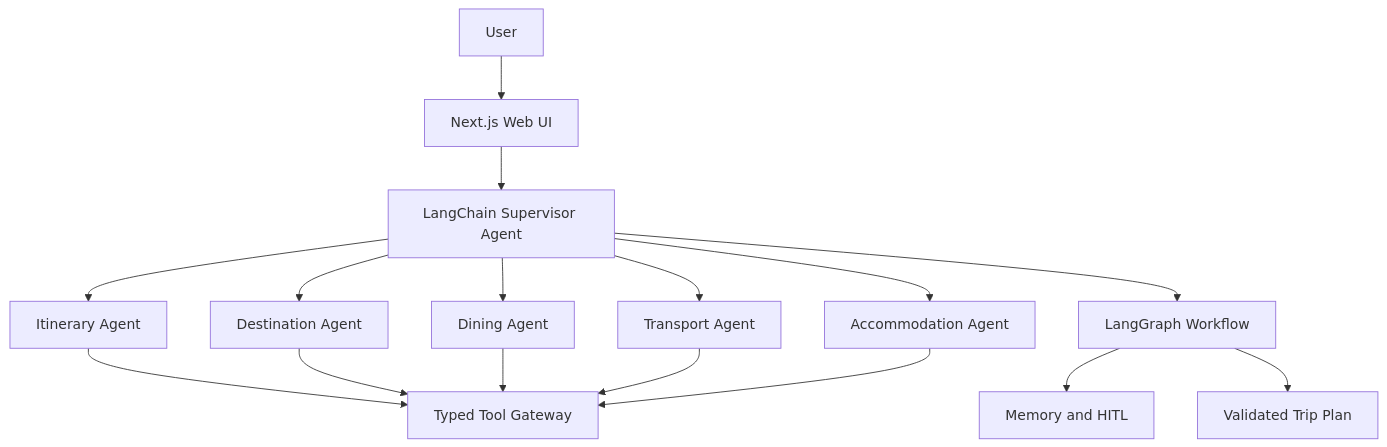
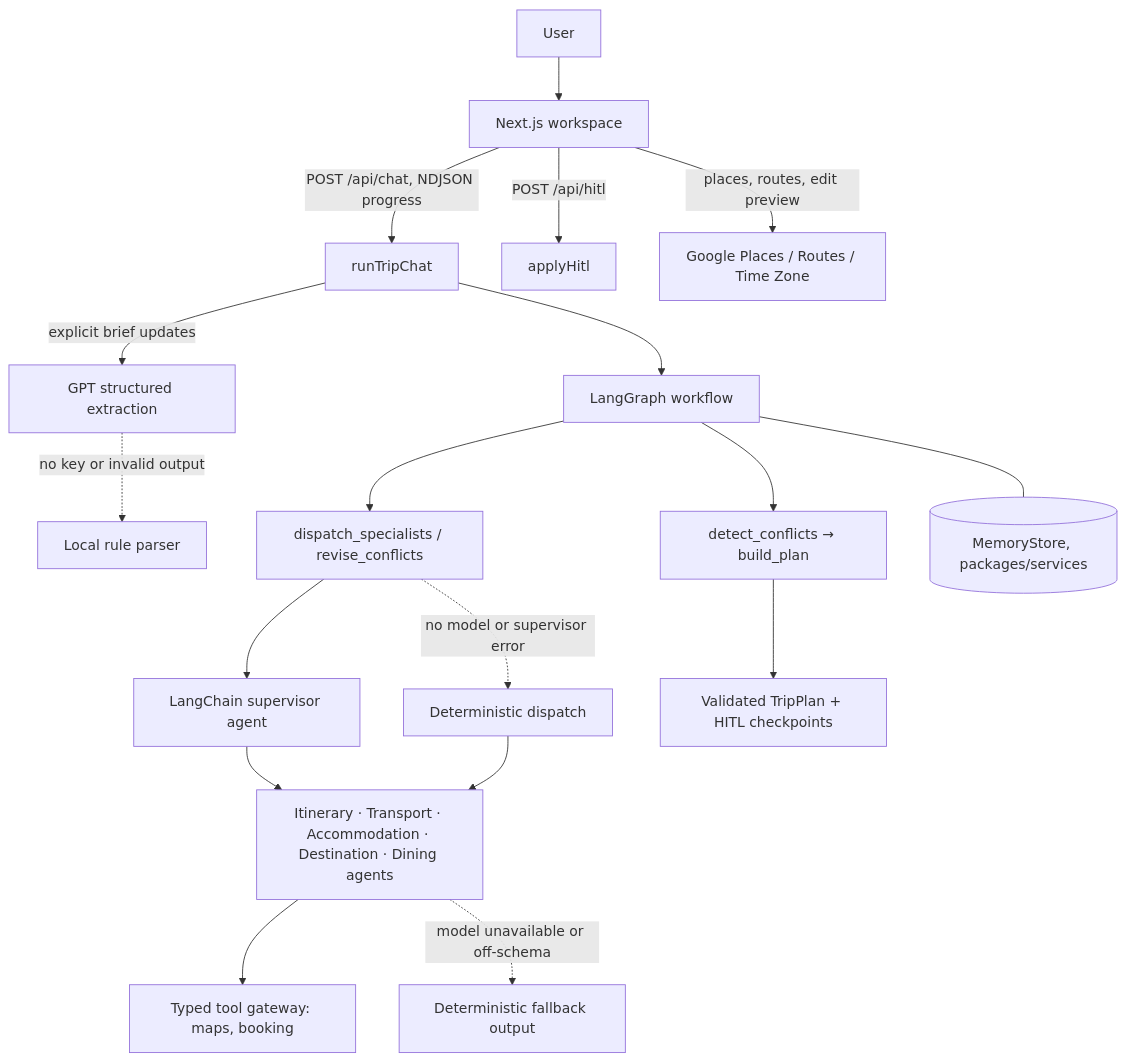
The diagram in README.md (HeadmasterEggy/AI_TRIP_PLANNER), drawn with Mermaid before and after one commit. The commit also changed other lines of this file and 9 other files, not shown here.

````diff
--- a/README.md
+++ b/README.md
@@ -34,18 +35,20 @@
 ```mermaid
 flowchart TB
-    U[User] --> UI[Next.js Web UI]
-    UI --> SUP[LangChain Supervisor Agent]
-    SUP --> IT[Itinerary Agent]
-    SUP --> DG[Destination Agent]
-    SUP --> DN[Dining Agent]
-    SUP --> TR[Transport Agent]
-    SUP --> AC[Accommodation Agent]
-    SUP --> WF[LangGraph Workflow]
-    WF --> HITL[Memory and HITL]
-    WF --> PLAN[Validated Trip Plan]
-    IT --> TOOLS[Typed Tool Gateway]
-    DG --> TOOLS
-    DN --> TOOLS
-    TR --> TOOLS
-    AC --> TOOLS
+    U[User] --> UI[Next.js workspace]
+    UI -->|POST /api/chat, NDJSON progress| CHAT[runTripChat]
+    CHAT -->|explicit brief updates| EX[GPT structured extraction]
+    EX -.->|no key or invalid output| LP[Local rule parser]
+    CHAT --> WF[LangGraph workflow]
+    WF --> DISPATCH[dispatch_specialists / revise_conflicts]
+    DISPATCH --> SUP[LangChain supervisor agent]
+    DISPATCH -.->|no model or supervisor error| DIRECT[Deterministic dispatch]
+    SUP --> SPEC[Itinerary · Transport · Accommodation · Destination · Dining agents]
+    DIRECT --> SPEC
+    SPEC --> TOOLS[Typed tool gateway: maps, booking]
+    SPEC -.->|model unavailable or off-schema| FB[Deterministic fallback output]
+    WF --> CONF[detect_conflicts → build_plan]
+    WF --- MEM[(MemoryStore, packages/services)]
+    CONF --> PLAN[Validated TripPlan + HITL checkpoints]
+    UI -->|POST /api/hitl| HITL[applyHitl]
+    UI -->|places, routes, edit preview| GOOGLE[Google Places / Routes / Time Zone]
 ```
````
